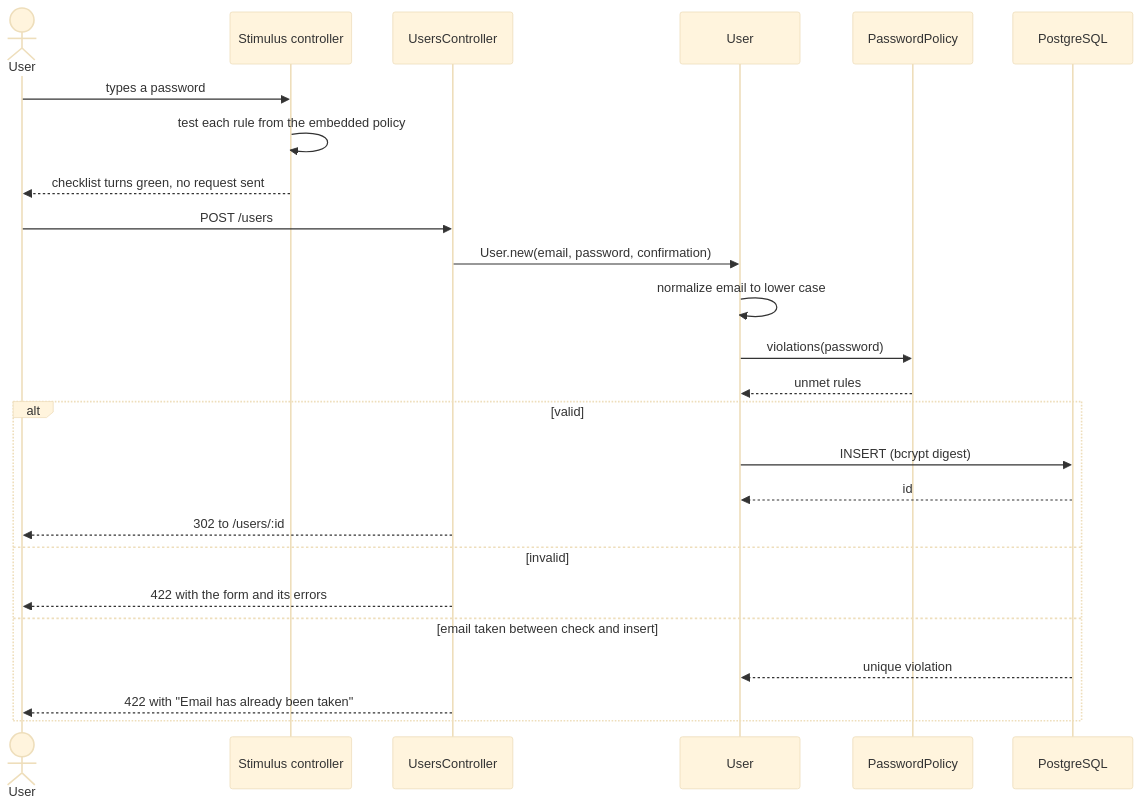
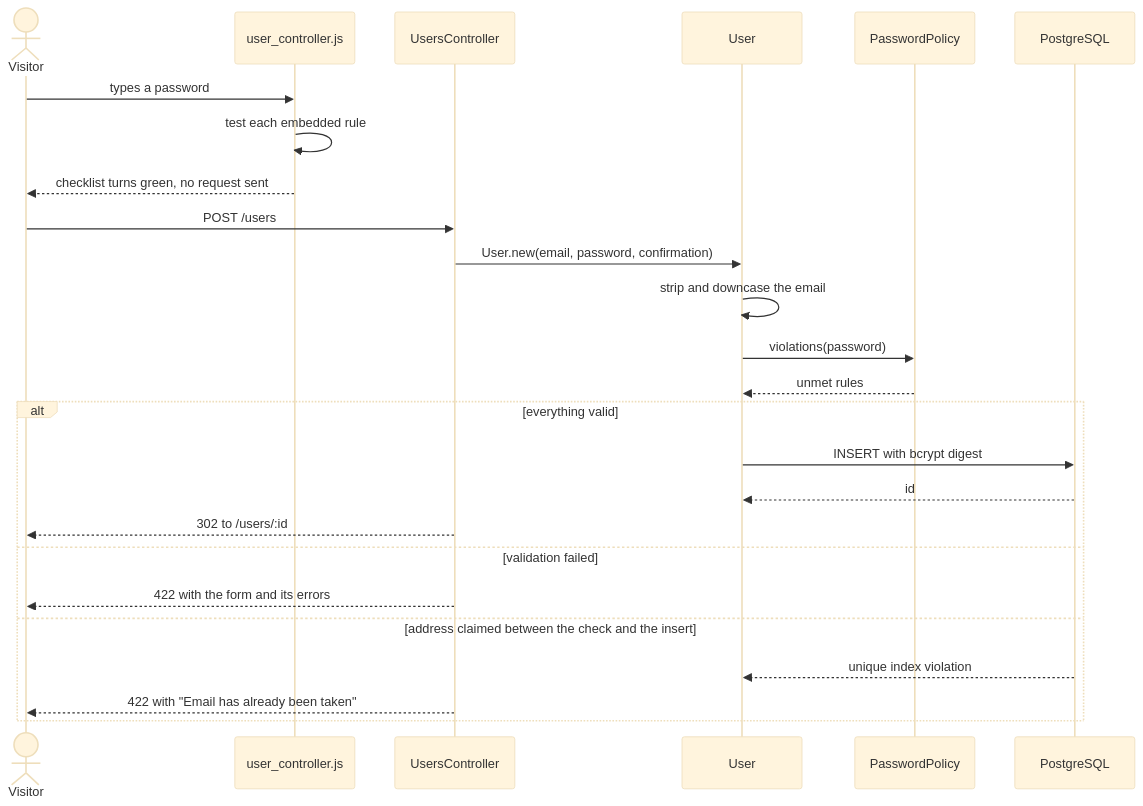
The diagram in README.md (TCMS31/bark-test-challenge), drawn with Mermaid (base theme) before and after one commit. The commit also changed other lines of this file, not shown here.

````diff
--- a/README.md
+++ b/README.md
@@ -73,30 +61,30 @@
 ```mermaid
 sequenceDiagram
-    actor User
-    participant Stimulus as Stimulus controller
-    participant Controller as UsersController
-    participant Model as User
-    participant Policy as PasswordPolicy
+    actor Visitor
+    participant JS as user_controller.js
+    participant C as UsersController
+    participant U as User
+    participant P as PasswordPolicy
     participant DB as PostgreSQL
 
-    User->>Stimulus: types a password
-    Stimulus->>Stimulus: test each rule from the embedded policy
-    Stimulus-->>User: checklist turns green, no request sent
+    Visitor->>JS: types a password
+    JS->>JS: test each embedded rule
+    JS-->>Visitor: checklist turns green, no request sent
 
-    User->>Controller: POST /users
-    Controller->>Model: User.new(email, password, confirmation)
-    Model->>Model: normalize email to lower case
-    Model->>Policy: violations(password)
-    Policy-->>Model: unmet rules
+    Visitor->>C: POST /users
+    C->>U: User.new(email, password, confirmation)
+    U->>U: strip and downcase the email
+    U->>P: violations(password)
+    P-->>U: unmet rules
 
-    alt valid
-        Model->>DB: INSERT (bcrypt digest)
-        DB-->>Model: id
-        Controller-->>User: 302 to /users/:id
-    else invalid
-        Controller-->>User: 422 with the form and its errors
-    else email taken between check and insert
-        DB-->>Model: unique violation
-        Controller-->>User: 422 with "Email has already been taken"
+    alt everything valid
+        U->>DB: INSERT with bcrypt digest
+        DB-->>U: id
+        C-->>Visitor: 302 to /users/:id
+    else validation failed
+        C-->>Visitor: 422 with the form and its errors
+    else address claimed between the check and the insert
+        DB-->>U: unique index violation
+        C-->>Visitor: 422 with "Email has already been taken"
     end
 ```
````
